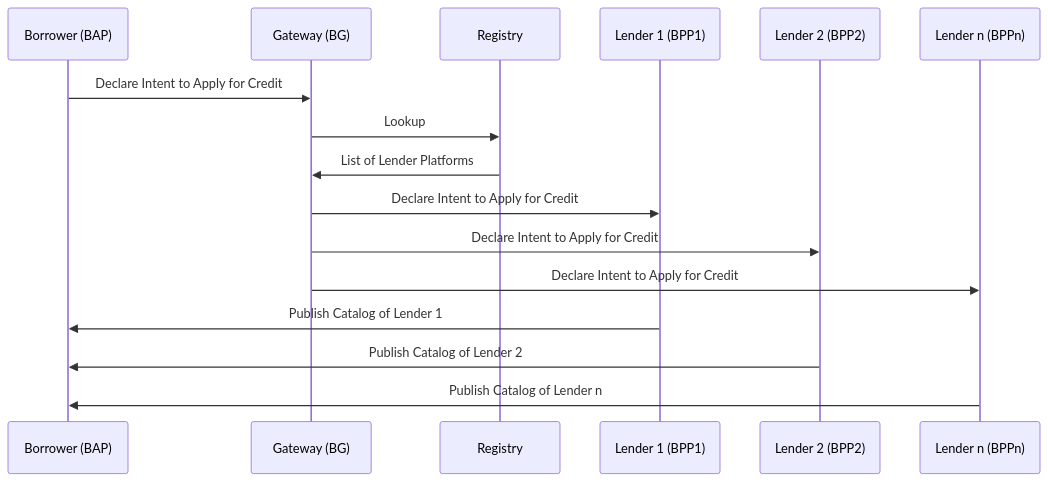
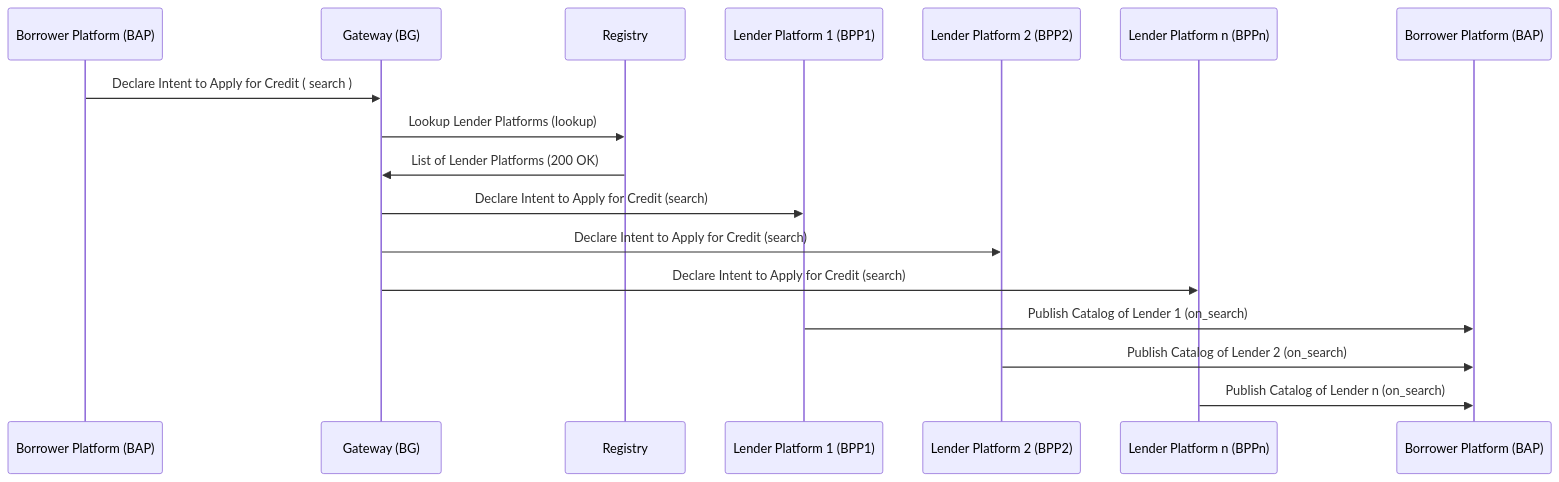
Before and after one commit to beckn/financial-services: the second of 2 diagrams in docs/Generic-Credit-Application-Workflow.md, drawn with Mermaid.

Commit message:
Fixes in Sequence Diagram

````diff
--- a/docs/Generic-Credit-Application-Workflow.md
+++ b/docs/Generic-Credit-Application-Workflow.md
@@ -41,12 +41,12 @@
 ```mermaid
     sequenceDiagram
-    Borrower (BAP)->>Gateway (BG): Declare Intent to Apply for Credit
-    Gateway (BG)->>Registry: Lookup
-    Registry->>Gateway (BG): List of Lender Platforms
-    Gateway (BG)->>Lender 1 (BPP1): Declare Intent to Apply for Credit
-    Gateway (BG)->>Lender 2 (BPP2): Declare Intent to Apply for Credit
-    Gateway (BG)->>Lender n (BPPn): Declare Intent to Apply for Credit
-    Lender 1 (BPP1)->>Borrower (BAP): Publish Catalog of Lender 1
-    Lender 2 (BPP2)->>Borrower (BAP): Publish Catalog of Lender 2
-    Lender n (BPPn)->>Borrower (BAP): Publish Catalog of Lender n
+    Borrower Platform (BAP)->>Gateway (BG): Declare Intent to Apply for Credit ( search )
+    Gateway (BG)->>Registry: Lookup Lender Platforms (lookup)
+    Registry->>Gateway (BG): List of Lender Platforms (200 OK)
+    Gateway (BG)->>Lender Platform 1 (BPP1): Declare Intent to Apply for Credit (search)
+    Gateway (BG)->>Lender Platform 2 (BPP2): Declare Intent to Apply for Credit (search)
+    Gateway (BG)->>Lender Platform n (BPPn): Declare Intent to Apply for Credit (search)
+    Lender Platform 1 (BPP1)->>Borrower Platform  (BAP): Publish Catalog of Lender 1 (on_search)
+    Lender Platform 2 (BPP2)->>Borrower Platform  (BAP): Publish Catalog of Lender 2 (on_search)
+    Lender Platform n (BPPn)->>Borrower Platform  (BAP): Publish Catalog of Lender n (on_search)
 ```
````
